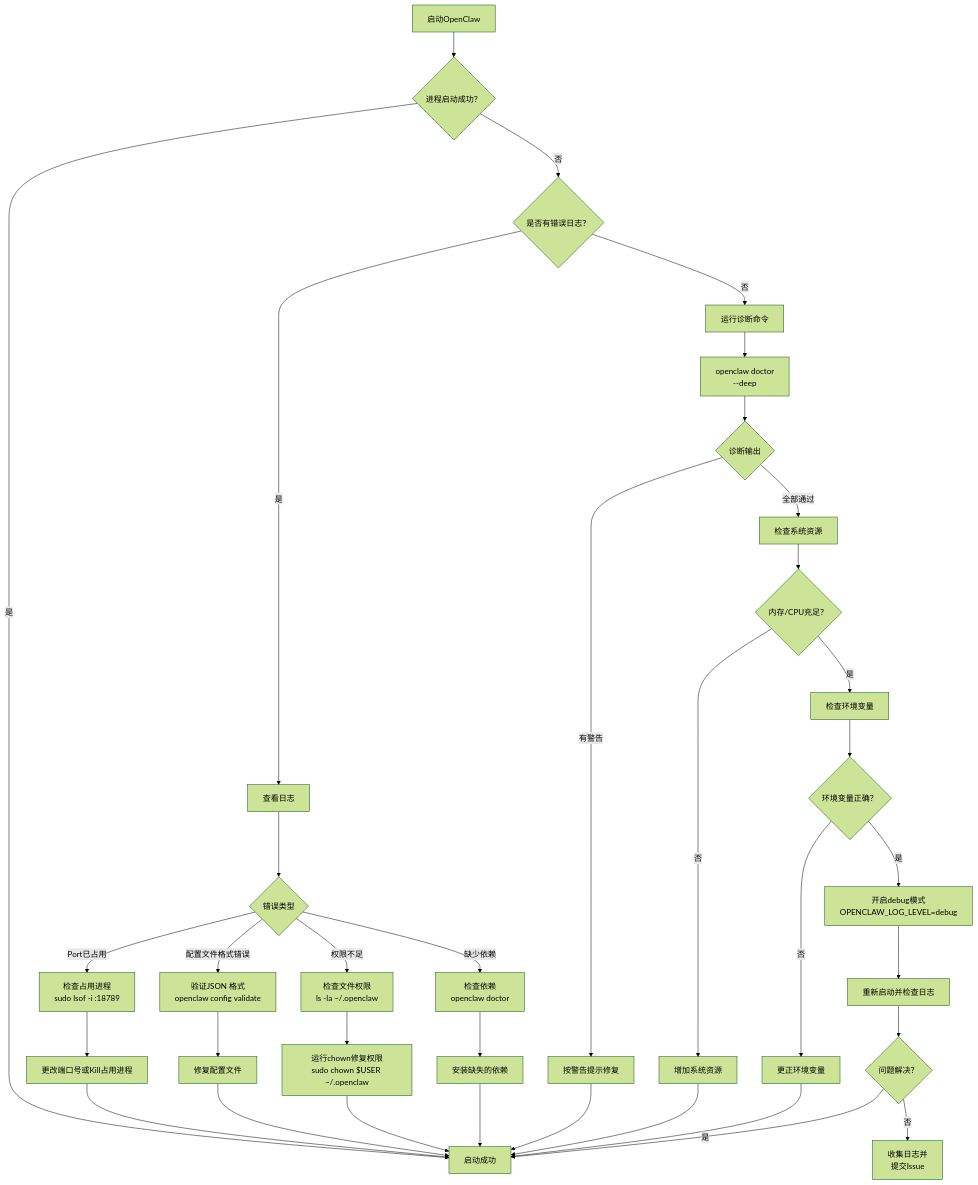
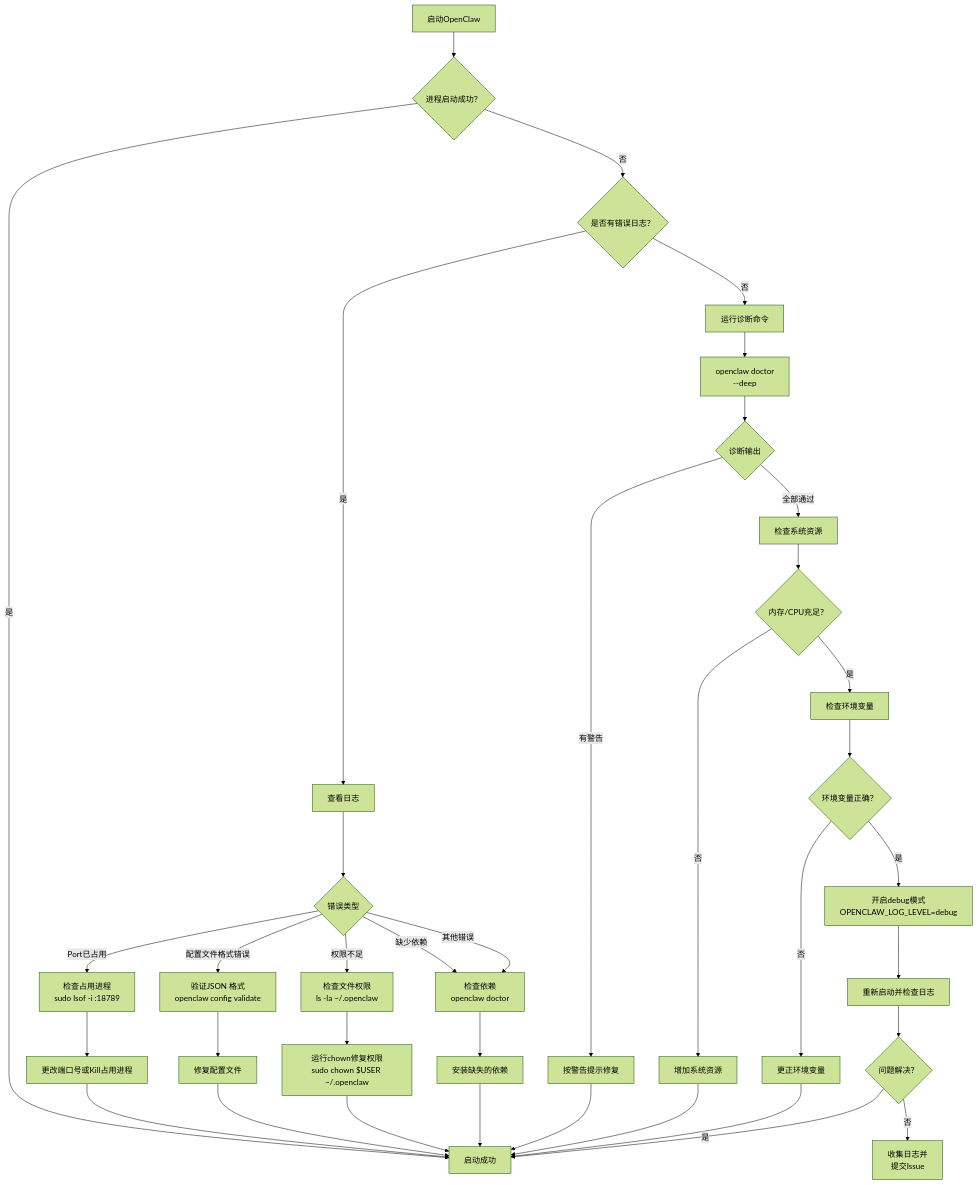
Before and after one commit to yeasy/openclaw_guide: the first of 6 diagrams in 15_troubleshooting_trees/15.1_diagnostic_decision_trees.md, drawn with Mermaid (forest theme). The commit also changed other lines of this file and 1 other file, not shown here.

````diff
--- a/15_troubleshooting_trees/15.1_diagnostic_decision_trees.md
+++ b/15_troubleshooting_trees/15.1_diagnostic_decision_trees.md
@@ -7,40 +9,41 @@
 ```mermaid
 graph TD
     A["启动OpenClaw"] --> B{"进程启动成功？"}
     B -->|否| C{"是否有错误日志？"}
     C -->|是| D["查看日志"]
     D --> E{"错误类型"}
     E -->|Port已占用| F["检查占用进程<br/>sudo lsof -i :18789"]
     F --> G["更改端口号或Kill占用进程"]
     E -->|配置文件格式错误| H["验证JSON 格式<br/>openclaw config validate"]
     H --> I["修复配置文件"]
     E -->|权限不足| J["检查文件权限<br/>ls -la ~/.openclaw"]
     J --> K["运行chown修复权限<br/>sudo chown $USER ~/.openclaw"]
     E -->|缺少依赖| L["检查依赖<br/>openclaw doctor"]
     L --> M["安装缺失的依赖"]
+    E -->|其他错误| L
 
     C -->|否| N["运行诊断命令"]
     N --> O["openclaw doctor<br/>--deep"]
     O --> P{"诊断输出"}
     P -->|有警告| Q["按警告提示修复"]
     P -->|全部通过| R["检查系统资源"]
     R --> S{"内存/CPU充足？"}
     S -->|否| T["增加系统资源"]
     S -->|是| U["检查环境变量"]
     U --> V{"环境变量正确？"}
     V -->|否| W["更正环境变量"]
     V -->|是| X["开启debug模式<br/>OPENCLAW_LOG_LEVEL=debug"]
     X --> Y["重新启动并检查日志"]
 
     B -->|是| Z["启动成功"]
     G --> Z
     I --> Z
     K --> Z
     M --> Z
     Q --> Z
     T --> Z
     W --> Z
     Y --> AA{"问题解决？"}
     AA -->|是| Z
     AA -->|否| AB["收集日志并<br/>提交Issue"]
 ```
````
